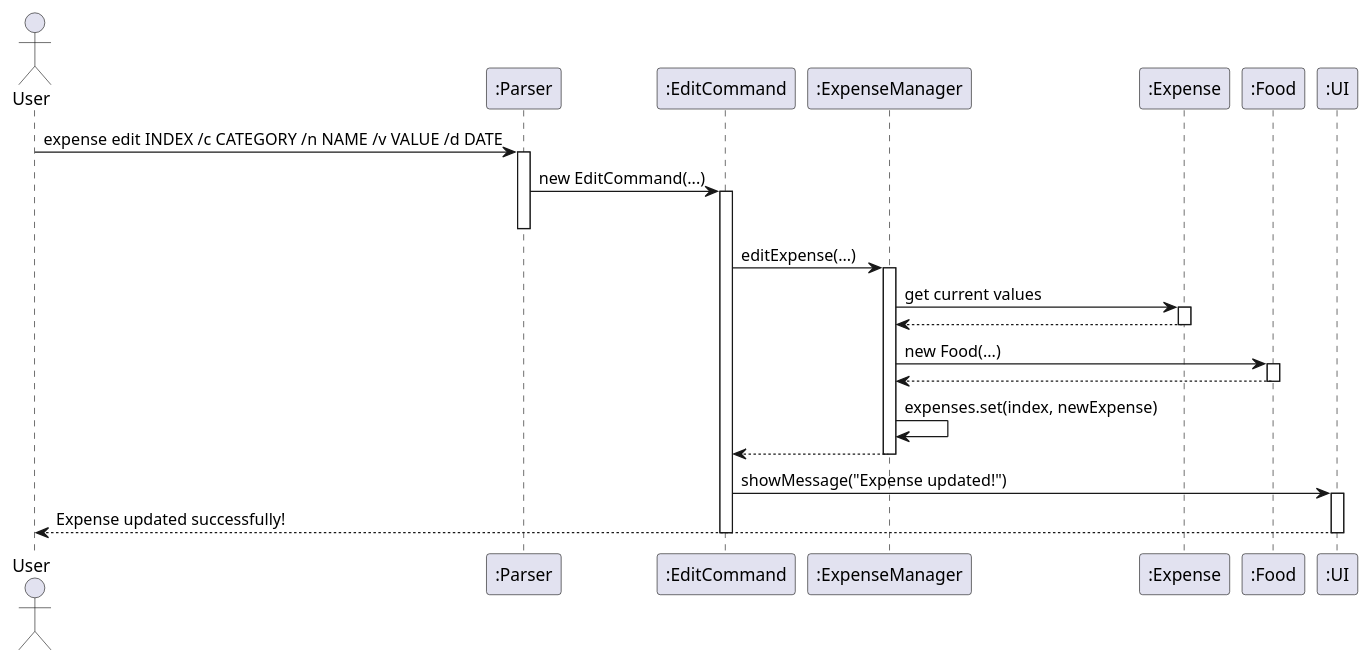
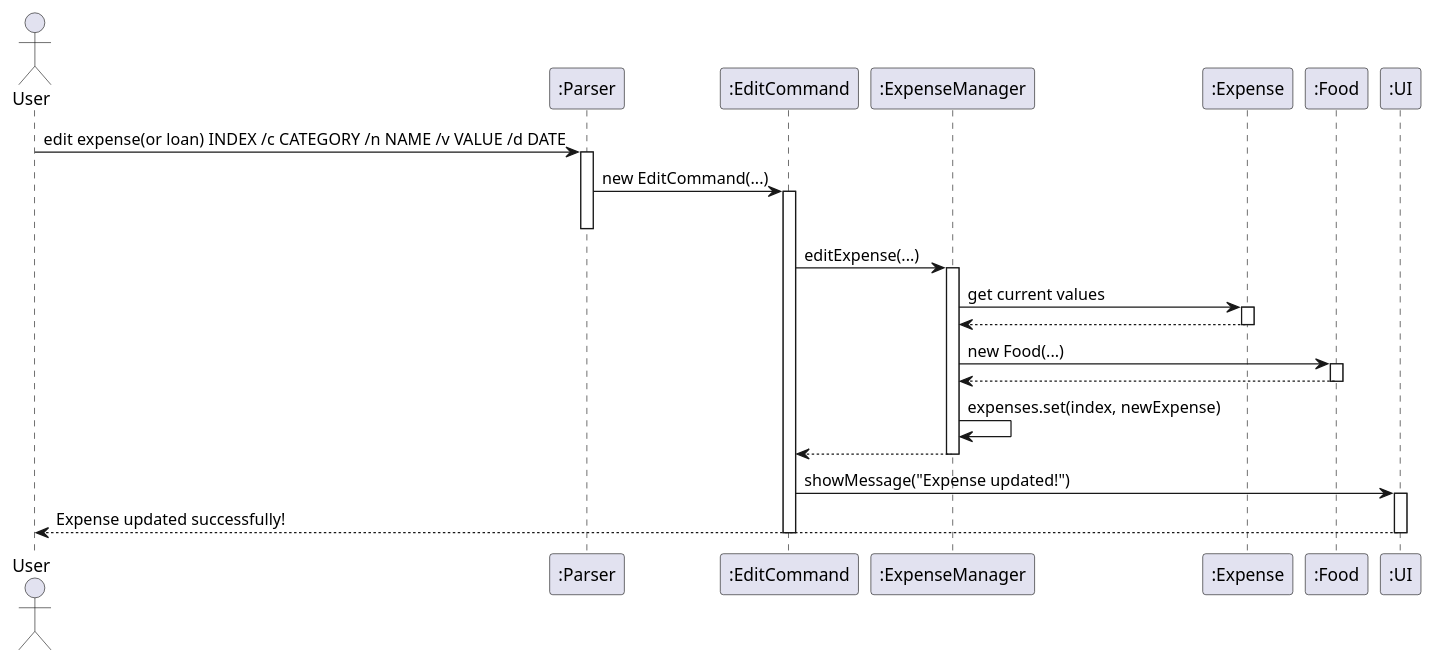
The diagram in docs/Diagrams/EditExpenseSequenceDiagram.puml (b0wen120/tp), drawn with PlantUML before and after one commit. The commit also changed 8 other files, not shown here.

```diff
--- a/docs/Diagrams/EditExpenseSequenceDiagram.puml
+++ b/docs/Diagrams/EditExpenseSequenceDiagram.puml
@@ -1,42 +1,42 @@
 @startuml Edit Expense Sequence Diagram
 actor User
 participant ":Parser" as Parser
 participant ":EditCommand" as EditCmd
 participant ":ExpenseManager" as EM
 participant ":Expense" as Expense
 participant ":Food" as Food
 participant ":UI" as UI
 
-User -> Parser: expense edit INDEX /c CATEGORY /n NAME /v VALUE /d DATE
+User -> Parser: edit expense(or loan) INDEX /c CATEGORY /n NAME /v VALUE /d DATE
 activate Parser
 
 Parser -> EditCmd: new EditCommand(...)
 activate EditCmd
 deactivate Parser
 
 EditCmd -> EM: editExpense(...)
 activate EM
 
 EM -> Expense: get current values
 activate Expense
 Expense --> EM
 deactivate Expense
 
 EM -> Food: new Food(...)
 activate Food
 Food --> EM
 deactivate Food
 
 EM -> EM: expenses.set(index, newExpense)
 EM --> EditCmd
 
 deactivate EM
 
 EditCmd -> UI: showMessage("Expense updated!")
 activate UI
 UI --> User: Expense updated successfully!
 deactivate UI
 
 deactivate EditCmd
 
 @enduml
```
